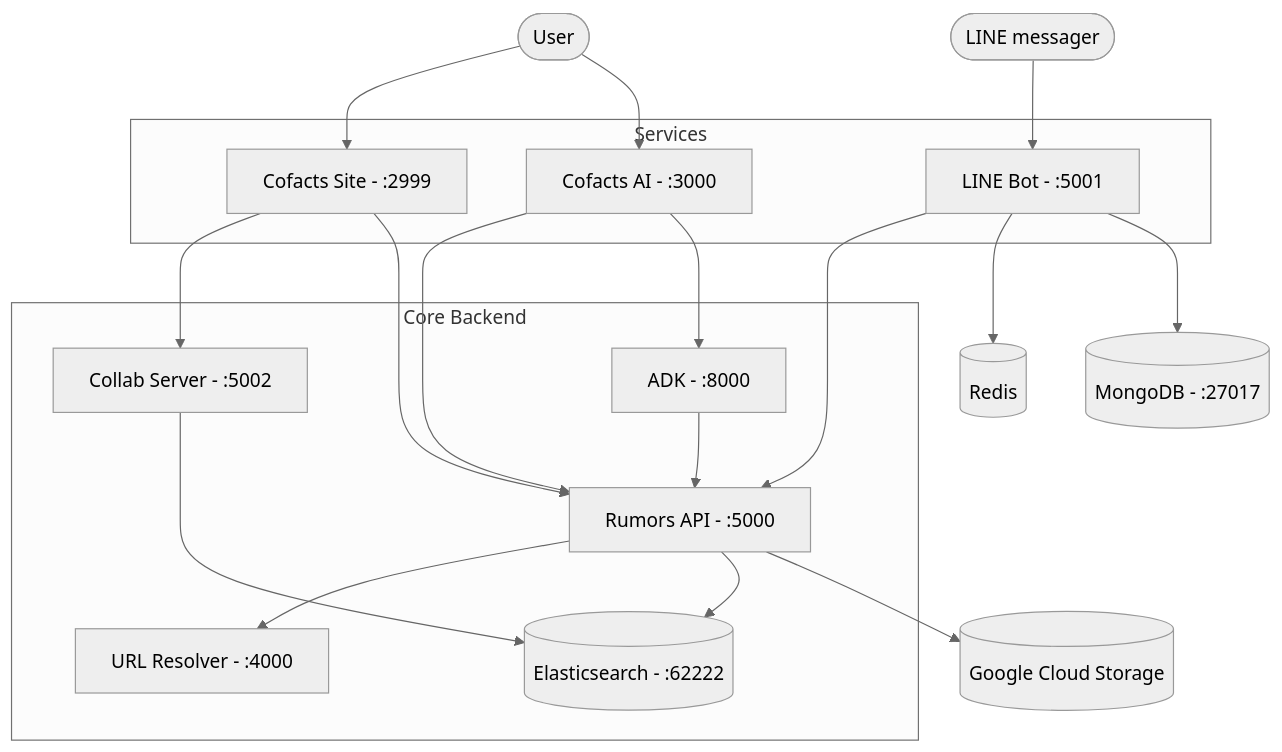
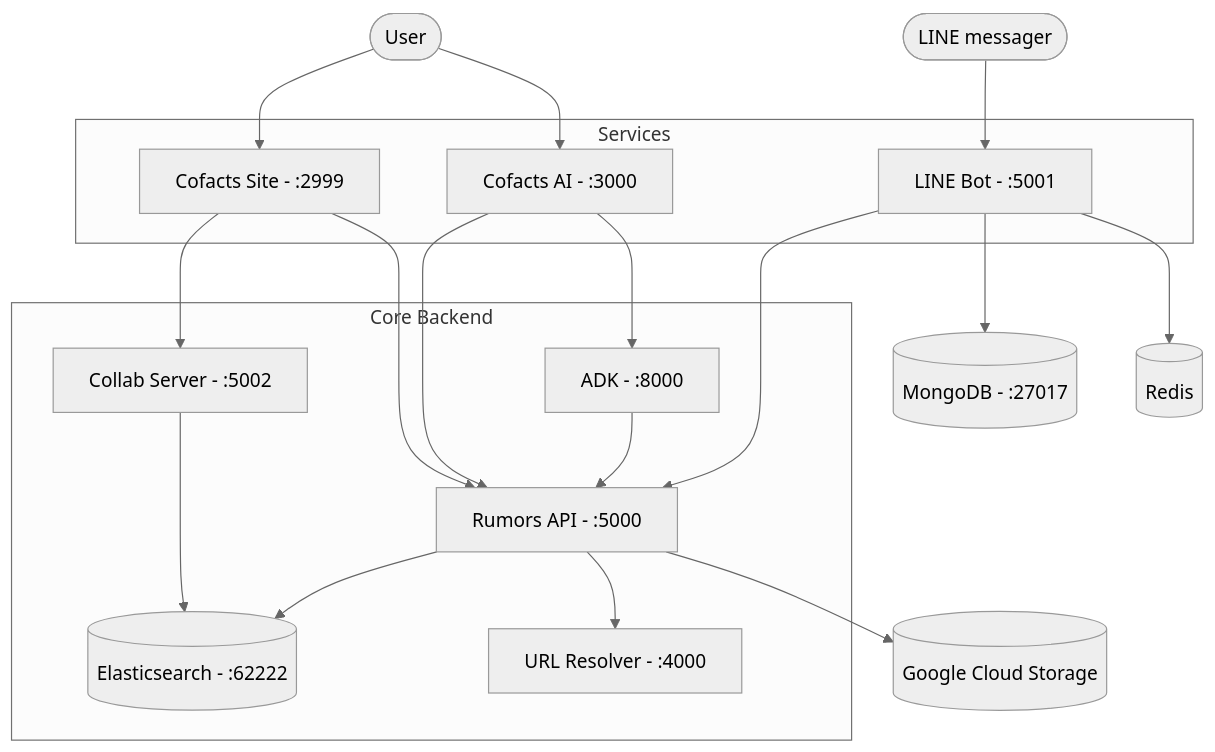
One commit to cofacts/rumors-deploy changed the diagram in README.md. Above: the diagram before and after it, drawn with Mermaid (neutral theme).

Commit message:
refactor: adjust arrows and block position

````diff
--- a/README.md
+++ b/README.md
@@ -16,42 +16,44 @@
 ```mermaid
 graph TD
     User([User])
     BotUser([LINE messager])
 
     subgraph UI ["Services"]
         site[Cofacts Site - :2999]
         site_ai[Cofacts AI - :3000]
         bot[LINE Bot - :5001]
     end
 
     subgraph Backend ["Core Backend"]
         collab[Collab Server - :5002]
         adk[ADK - :8000]
         api[Rumors API - :5000]
+        db[(Elasticsearch - :62222)]
         url[URL Resolver - :4000]
-        db[(Elasticsearch - :62222)]
     end
 
     mongo[(MongoDB - :27017)]
     redis[(Redis)]
     gcs[(Google Cloud Storage)]
 
     User --> site
     User --> site_ai
     BotUser --> bot
 
     site --> collab
     site --> api
     site_ai --> api
     site_ai --> adk
+
+    adk --> api
+
     bot --> api
     bot --> redis
     bot --> mongo
 
-    adk --> api
+    collab --> db
 
     api --> url
-    collab --> db
     api --> db
     api --> gcs
 ```
````
